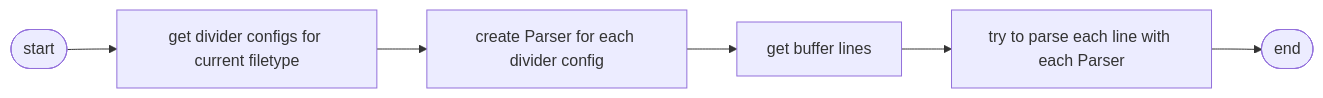
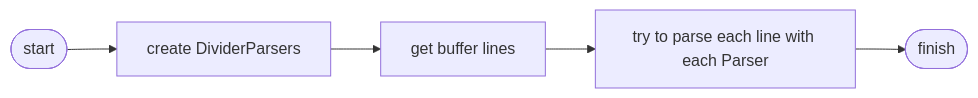
Before and after one commit to niuiic/divider.nvim: the sixth of 8 diagrams in DESIGN.md, drawn with Mermaid. The commit also changed other lines of this file and 2 other files, not shown here.

````diff
--- a/DESIGN.md
+++ b/DESIGN.md
@@ -208,14 +172,12 @@
 ```mermaid
 flowchart LR
-    begin([start]) --> n1
+    start([start]) --> n1
 
-    n1[get divider configs for current filetype] --> n2
+    n1[create DividerParsers] --> n2
 
-    n2[create Parser for each divider config] --> n3
+    n2[get buffer lines] --> n3
 
-    n3[get buffer lines] --> n4
+    n3[try to parse each line with each Parser] --> finish
 
-    n4[try to parse each line with each Parser] --> finish
-
-    finish([end])
+    finish([finish])
 ```
````
